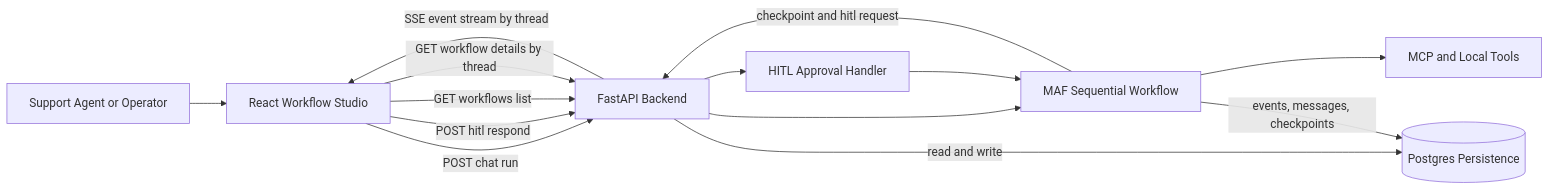
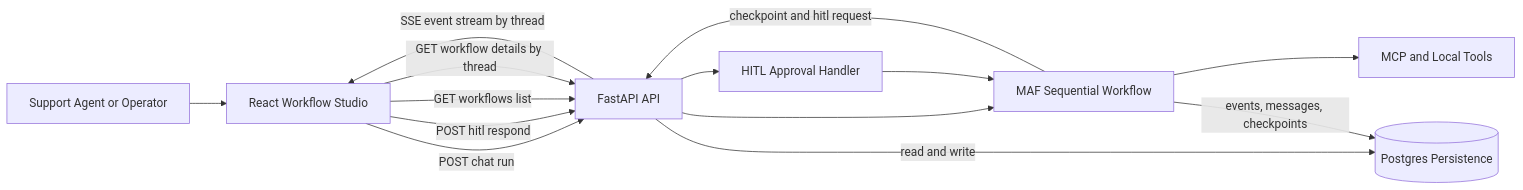
The first of 2 diagrams in docs/design/architecture.md (ppenumatsa1/maf-order-resolution-agent), drawn with Mermaid before and after one commit. The commit also changed other lines of this file and 64 other files, not shown here.

````diff
--- a/docs/design/architecture.md
+++ b/docs/design/architecture.md
@@ -27,25 +27,25 @@
 ```mermaid
 flowchart LR
      U[Support Agent or Operator]
      UI[React Workflow Studio]
-     API[FastAPI Backend]
+     API[FastAPI API]
      ORCH[MAF Sequential Workflow]
      HITL[HITL Approval Handler]
      MCP[MCP and Local Tools]
      DB[(Postgres Persistence)]
 
     U --> UI
      UI -->|POST chat run| API
     API --> ORCH
     ORCH --> MCP
      ORCH -->|checkpoint and hitl request| API
      API -->|SSE event stream by thread| UI
      UI -->|POST hitl respond| API
     API --> HITL
     HITL --> ORCH
 
      API -->|read and write| DB
     ORCH -->|events, messages, checkpoints| DB
      UI -->|GET workflows list| API
      UI -->|GET workflow details by thread| API
 ```
````
